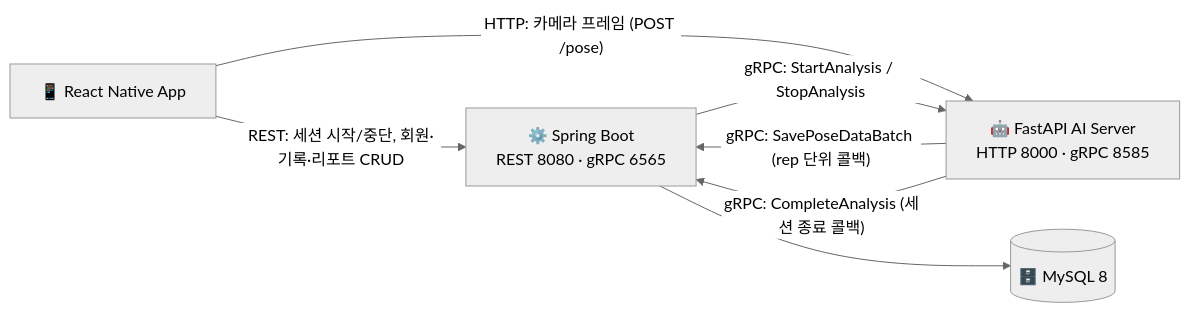
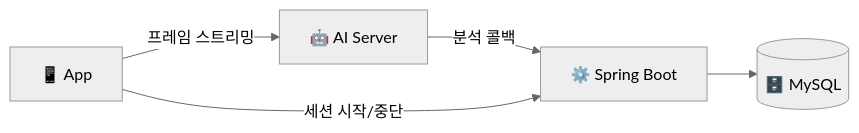
The first of 2 diagrams in profile/README.md (Shadowfit/.github), drawn with Mermaid (neutral theme) before and after one commit. The commit also changed other lines of this file, not shown here.

Commit message:
docs: 아키텍처/시퀀스 다이어그램 참여자 순서·레이블 정리
- 참여자 순서를 App-AI-Spring-MySQL로 변경 (프레임 스트리밍·콜백처럼 빈번한 상호작용이 인접하도록)
- 아키텍처 다이어그램 노드/엣지 레이블을 줄여 렌더링 시 텍스트 잘림 방지

````diff
--- a/profile/README.md
+++ b/profile/README.md
@@ -30,14 +30,12 @@
 ```mermaid
 graph LR
-    FE["📱 React Native App"]
-    BE["⚙️ Spring Boot<br/>REST 8080 · gRPC 6565"]
-    AI["🤖 FastAPI AI Server<br/>HTTP 8000 · gRPC 8585"]
-    DB[("🗄️ MySQL 8")]
+    FE["📱 App"]
+    AI["🤖 AI Server"]
+    BE["⚙️ Spring Boot"]
+    DB[("🗄️ MySQL")]
 
-    FE -- "REST: 세션 시작/중단, 회원·기록·리포트 CRUD" --> BE
-    FE -- "HTTP: 카메라 프레임 (POST /pose)" --> AI
-    BE -- "gRPC: StartAnalysis / StopAnalysis" --> AI
-    AI -- "gRPC: SavePoseDataBatch (rep 단위 콜백)" --> BE
-    AI -- "gRPC: CompleteAnalysis (세션 종료 콜백)" --> BE
+    FE -- "프레임 스트리밍" --> AI
+    AI -- "분석 콜백" --> BE
+    FE -- "세션 시작/중단" --> BE
     BE --> DB
 ```
````
